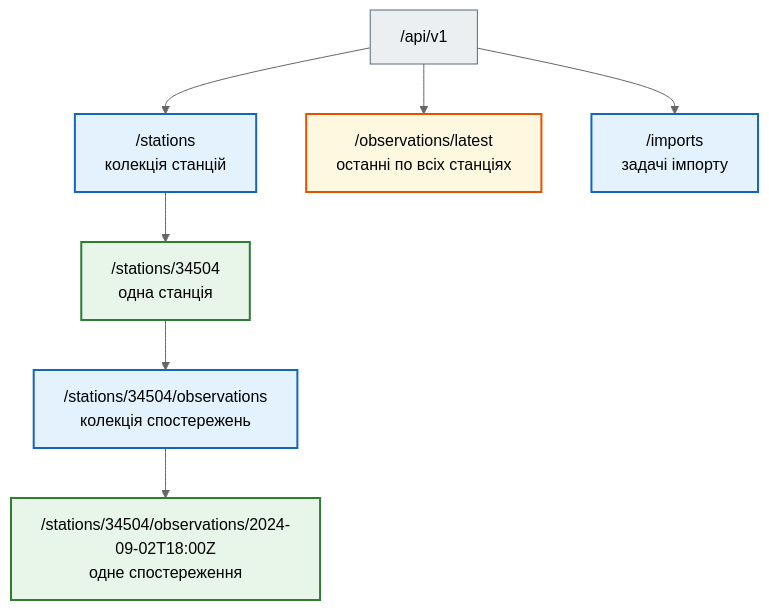
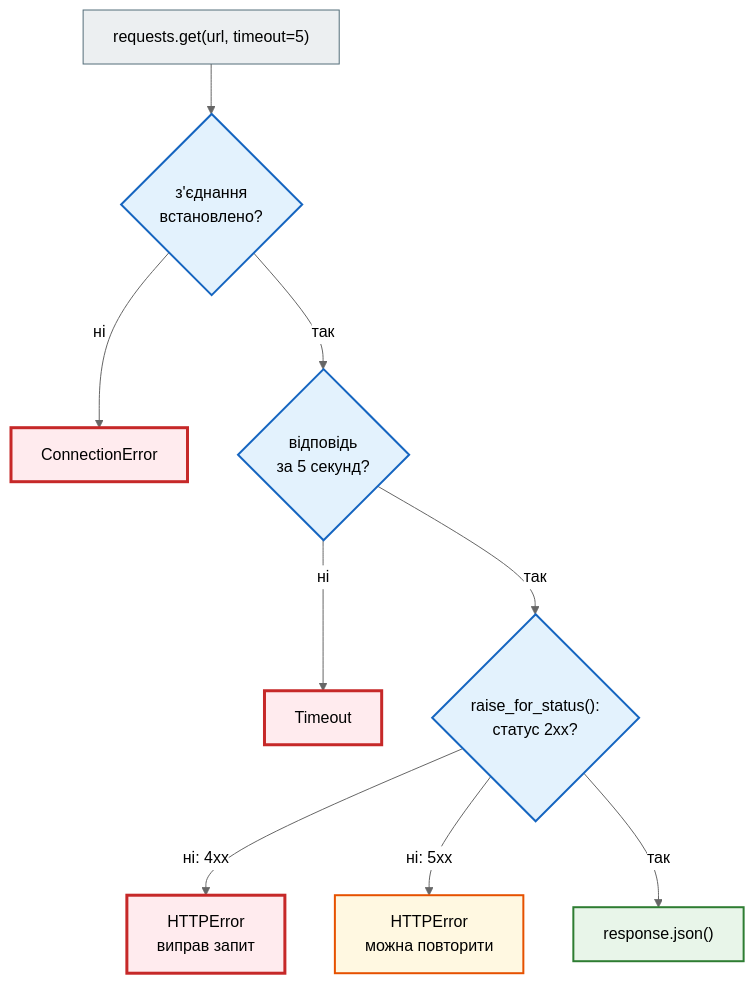
The fourth of 8 diagrams in docs/modules/m4/lesson_32.md (AlinaRadchenko/PY-Course-Victor-Nikoriak-22-09-2026), drawn with Mermaid (neutral theme) before and after one commit. The commit also changed other lines of this file and 1846 other files, not shown here.

````diff
--- a/docs/modules/m4/lesson_32.md
+++ b/docs/modules/m4/lesson_32.md
@@ -414,20 +439,23 @@
 ```mermaid
-graph TD
+flowchart TD
     classDef step     fill:#eceff1,stroke:#546e7a,stroke-width:1px;
     classDef decision fill:#e3f2fd,stroke:#1565c0,stroke-width:2px;
     classDef success  fill:#e8f5e9,stroke:#2e7d32,stroke-width:2px;
     classDef error    fill:#ffebee,stroke:#c62828,stroke-width:3px;
     classDef warning  fill:#fff8e1,stroke:#e65100,stroke-width:2px;
 
-    ROOT["/api/v1"] --> ST["/stations<br>колекція станцій"]
-    ST --> S1["/stations/34504<br>одна станція"]
-    S1 --> OB["/stations/34504/observations<br>колекція спостережень"]
-    OB --> O1["/stations/34504/observations/2024-09-02T18:00Z<br>одне спостереження"]
-    ROOT --> LA["/observations/latest<br>останні по всіх станціях"]
-    ROOT --> IM["/imports<br>задачі імпорту"]
+    A["requests.get(url, timeout=5)"] --> B{"з'єднання<br>встановлено?"}
+    B -- ні --> E1["ConnectionError"]
+    B -- так --> C{"відповідь<br>за 5 секунд?"}
+    C -- ні --> E2["Timeout"]
+    C -- так --> D{"raise_for_status():<br>статус 2xx?"}
+    D -- "ні: 4xx" --> E3["HTTPError<br>виправ запит"]
+    D -- "ні: 5xx" --> E4["HTTPError<br>можна повторити"]
+    D -- так --> OK["response.json()"]
 
-    class ROOT step
-    class ST,OB,IM decision
-    class S1,O1 success
-    class LA warning
+    class A step
+    class B,C,D decision
+    class E1,E2,E3 error
+    class E4 warning
+    class OK success
 ```
````
